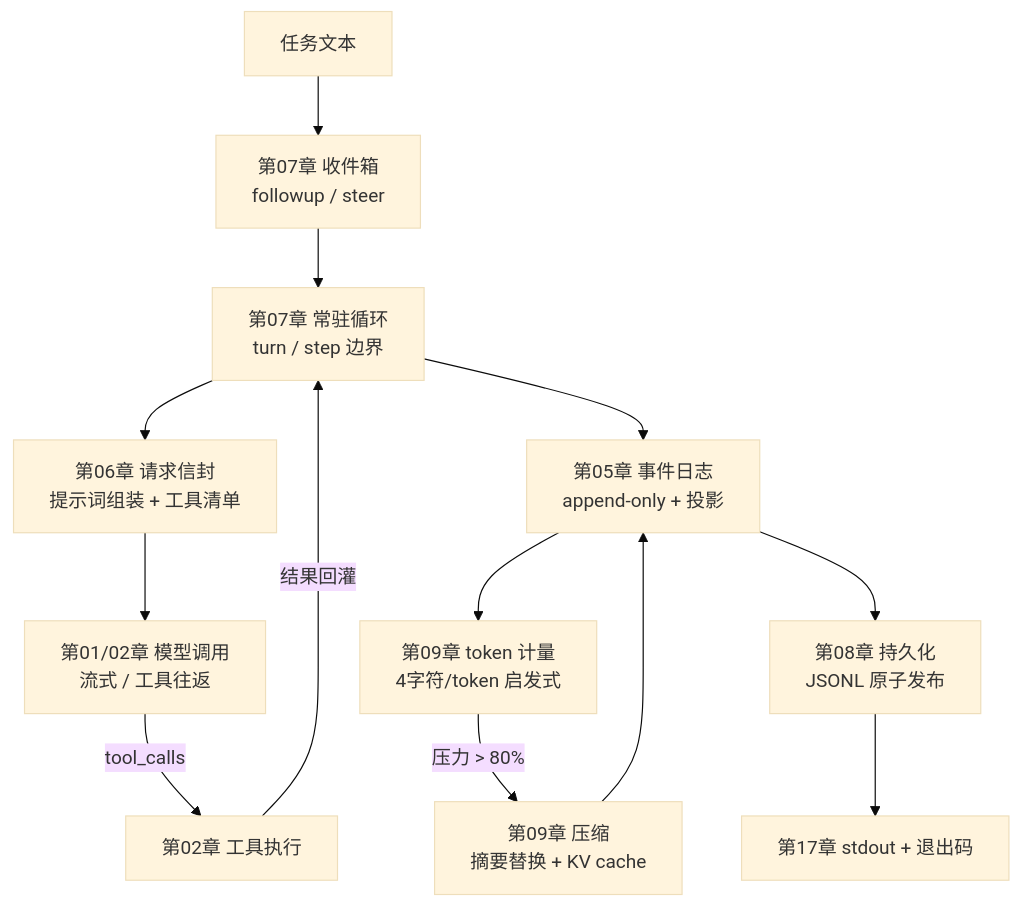
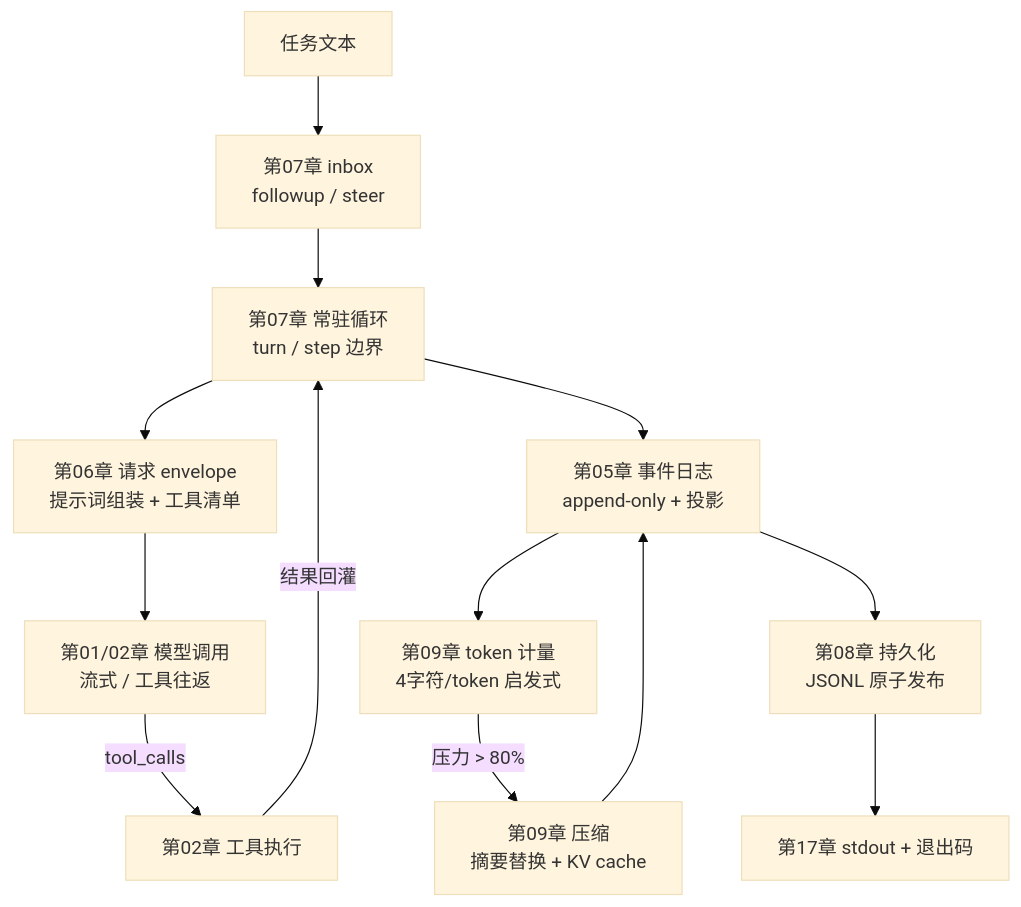
The diagram in README.md (warmsum/mini-harness), drawn with Mermaid (base theme) before and after one commit. The commit also changed other lines of this file and 52 other files, not shown here.

````diff
--- a/README.md
+++ b/README.md
@@ -84,15 +85,15 @@
 ```mermaid
 flowchart TB
-    TASK[任务文本] --> INBOX[第07章 收件箱<br>followup / steer]
+    TASK[任务文本] --> INBOX[第07章 inbox<br>followup / steer]
     INBOX --> LOOP[第07章 常驻循环<br>turn / step 边界]
-    LOOP --> ENV[第06章 请求信封<br>提示词组装 + 工具清单]
+    LOOP --> ENV[第06章 请求 envelope<br>提示词组装 + 工具清单]
     ENV --> CALL[第01/02章 模型调用<br>流式 / 工具往返]
     CALL -->|tool_calls| TOOLS[第02章 工具执行]
     TOOLS -->|结果回灌| LOOP
     LOOP --> LOG[第05章 事件日志<br>append-only + 投影]
     LOG --> METER[第09章 token 计量<br>4字符/token 启发式]
     METER -->|压力 > 80%| COMPACT[第09章 压缩<br>摘要替换 + KV cache]
     COMPACT --> LOG
     LOG --> PERSIST[第08章 持久化<br>JSONL 原子发布]
     PERSIST --> OUT[第17章 stdout + 退出码]
 ```
````
